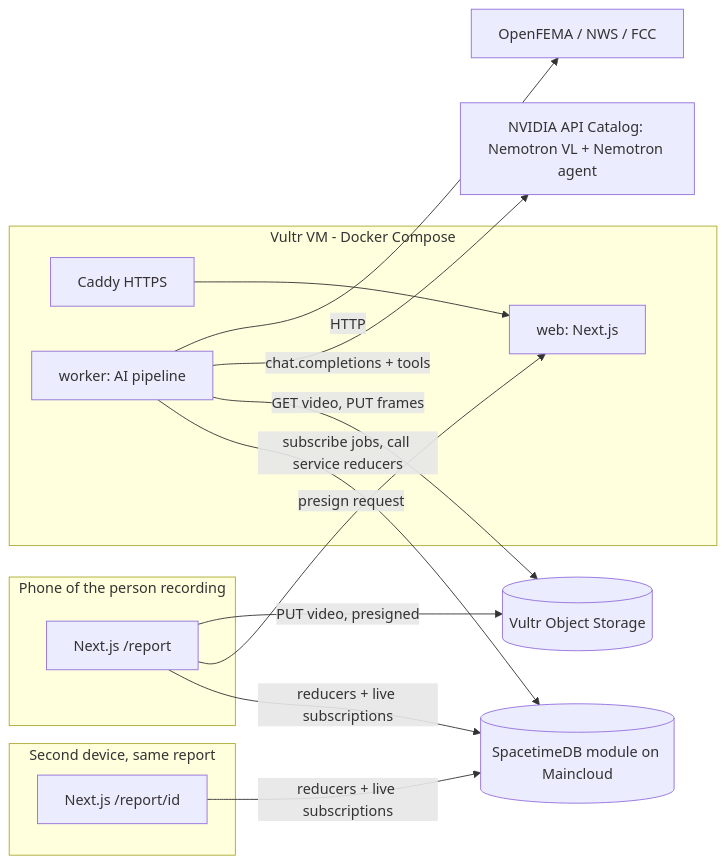
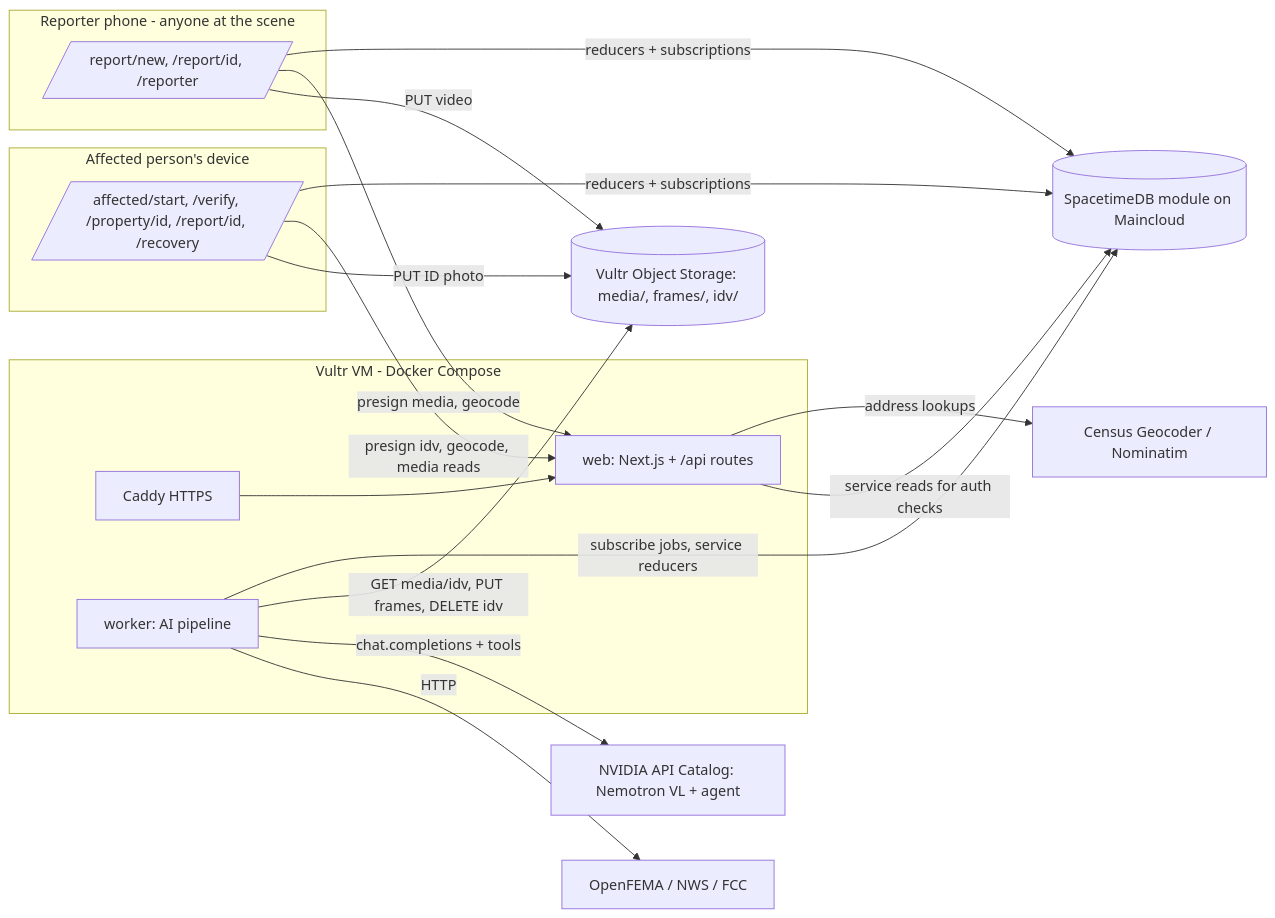
One commit to sarah-min/HackUTD26 changed the first of 4 diagrams in ARCHITECTURE.md. Above: the diagram before and after it, drawn with Mermaid. The commit also changed other lines of this file and 13 other files, not shown here.

First line of the commit message:
docs: split reporter and affected-person views with ID-verified report access

````diff
--- a/ARCHITECTURE.md
+++ b/ARCHITECTURE.md
@@ -29,26 +32,31 @@
 ```mermaid
 flowchart LR
-  subgraph Phone[Phone of the person recording]
-    R[Next.js /report]
+  subgraph RP[Reporter phone - anyone at the scene]
+    R1[/report/new, /report/id, /reporter/]
   end
-  subgraph Laptop[Second device, same report]
-    O[Next.js /report/id]
+  subgraph AD[Affected person's device]
+    A1[/affected/start, /verify, /property/id, /report/id, /recovery/]
   end
   subgraph Vultr[Vultr VM - Docker Compose]
-    C[Caddy HTTPS] --> W[web: Next.js]
+    C[Caddy HTTPS] --> W[web: Next.js + /api routes]
     K[worker: AI pipeline]
   end
   S[(SpacetimeDB module on Maincloud)]
-  B[(Vultr Object Storage)]
-  N[NVIDIA API Catalog: Nemotron VL + Nemotron agent]
+  B[(Vultr Object Storage: media/, frames/, idv/)]
+  N[NVIDIA API Catalog: Nemotron VL + agent]
   G[OpenFEMA / NWS / FCC]
+  GEO[Census Geocoder / Nominatim]
 
-  R -- reducers + live subscriptions --> S
-  O -- reducers + live subscriptions --> S
-  R -- presign request --> W
-  R -- PUT video, presigned --> B
-  K -- subscribe jobs, call service reducers --> S
-  K -- GET video, PUT frames --> B
+  R1 -- reducers + subscriptions --> S
+  A1 -- reducers + subscriptions --> S
+  R1 -- presign media, geocode --> W
+  A1 -- presign idv, geocode, media reads --> W
+  R1 -- PUT video --> B
+  A1 -- PUT ID photo --> B
+  W -- address lookups --> GEO
+  W -- service reads for auth checks --> S
+  K -- subscribe jobs, service reducers --> S
+  K -- GET media/idv, PUT frames, DELETE idv --> B
   K -- chat.completions + tools --> N
   K -- HTTP --> G
 ```
````
